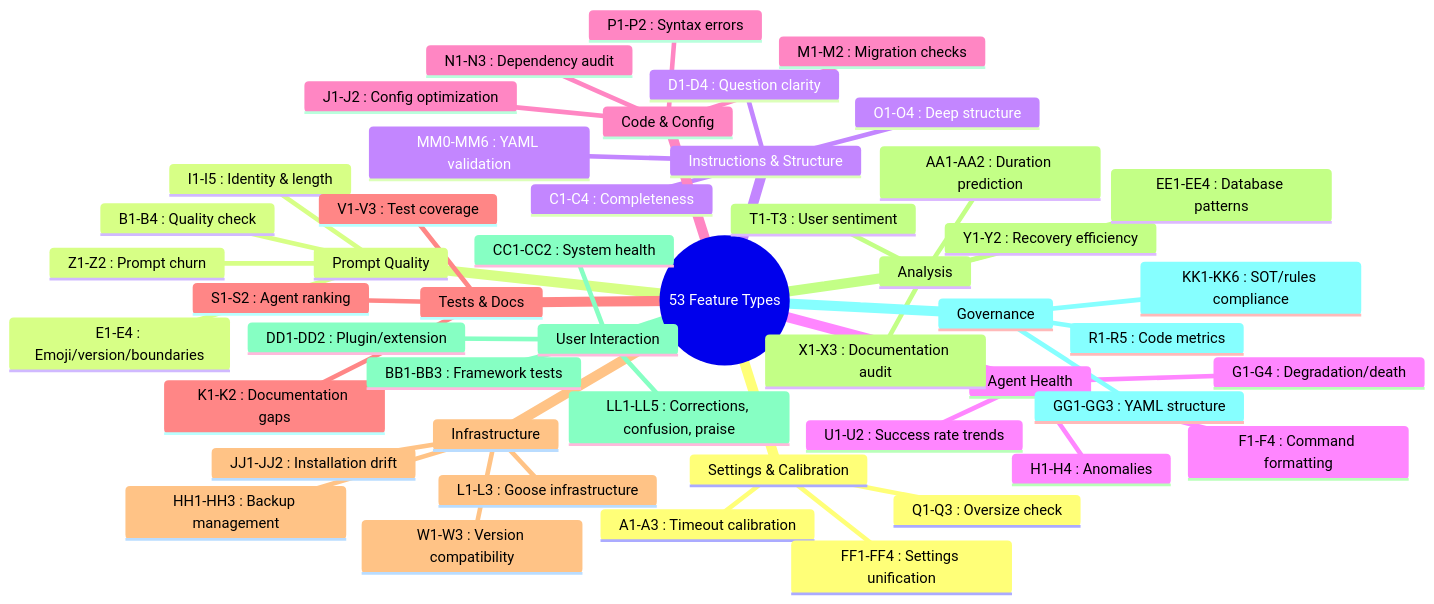
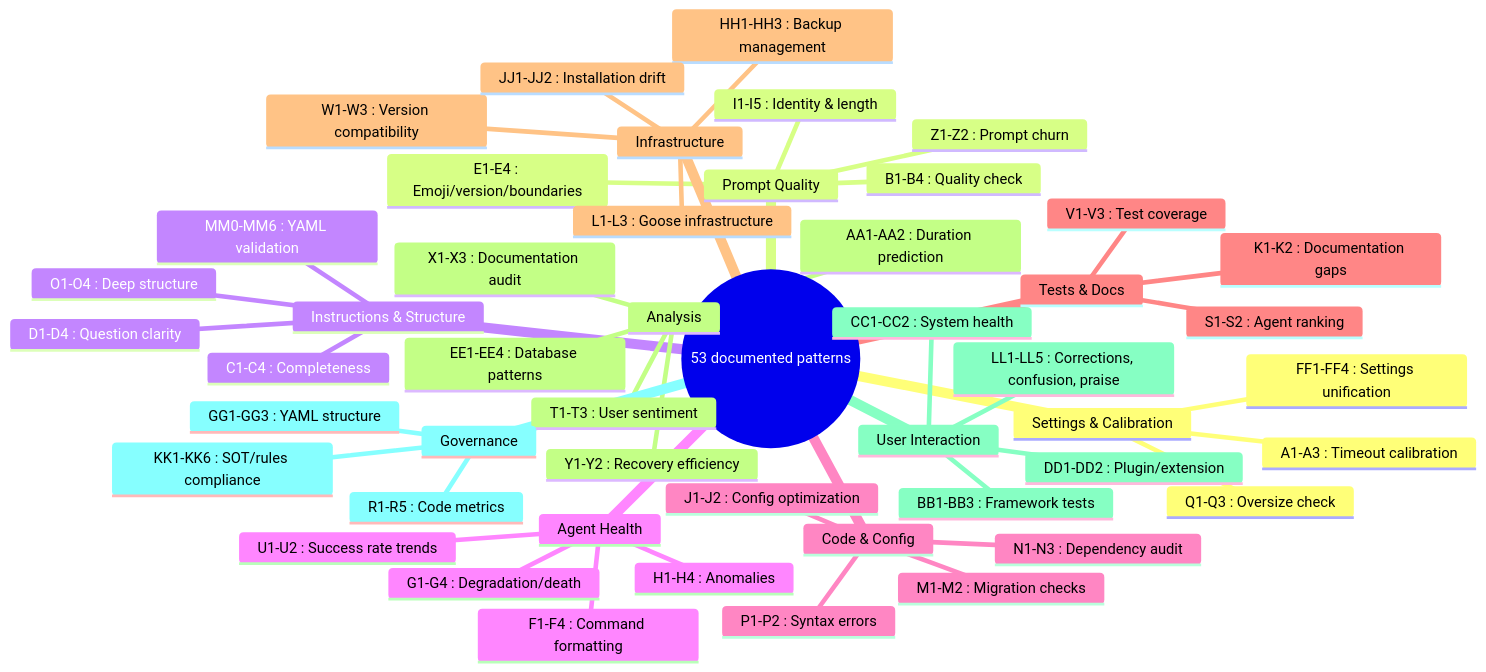
One commit to mczardybon/mas-engineer changed the fifth of 5 diagrams in docs/improvement-pipeline.md. Above: the diagram before and after it, drawn with Mermaid. The commit also changed other lines of this file and 23 other files, not shown here.

````diff
--- a/docs/improvement-pipeline.md
+++ b/docs/improvement-pipeline.md
@@ -211,52 +211,52 @@
 ```mermaid
 mindmap
-  root((53 Feature Types))
+  root((53 documented patterns))
     Settings & Calibration
       A1-A3 : Timeout calibration
       Q1-Q3 : Oversize check
       FF1-FF4 : Settings unification
     Prompt Quality
       B1-B4 : Quality check
       E1-E4 : Emoji/version/boundaries
       I1-I5 : Identity & length
       Z1-Z2 : Prompt churn
     Instructions & Structure
       C1-C4 : Completeness
       D1-D4 : Question clarity
       O1-O4 : Deep structure
       MM0-MM6 : YAML validation
     Agent Health
       G1-G4 : Degradation/death
       H1-H4 : Anomalies
       F1-F4 : Command formatting
       U1-U2 : Success rate trends
     Code & Config
       J1-J2 : Config optimization
       P1-P2 : Syntax errors
       M1-M2 : Migration checks
       N1-N3 : Dependency audit
     Tests & Docs
       V1-V3 : Test coverage
       K1-K2 : Documentation gaps
       S1-S2 : Agent ranking
     Infrastructure
       L1-L3 : Goose infrastructure
       W1-W3 : Version compatibility
       HH1-HH3 : Backup management
       JJ1-JJ2 : Installation drift
     Analysis
       T1-T3 : User sentiment
       X1-X3 : Documentation audit
       Y1-Y2 : Recovery efficiency
       AA1-AA2 : Duration prediction
       EE1-EE4 : Database patterns
     User Interaction
       LL1-LL5 : Corrections, confusion, praise
       BB1-BB3 : Framework tests
       CC1-CC2 : System health
       DD1-DD2 : Plugin/extension
     Governance
       KK1-KK6 : SOT/rules compliance
       GG1-GG3 : YAML structure
       R1-R5 : Code metrics
 ```
````
